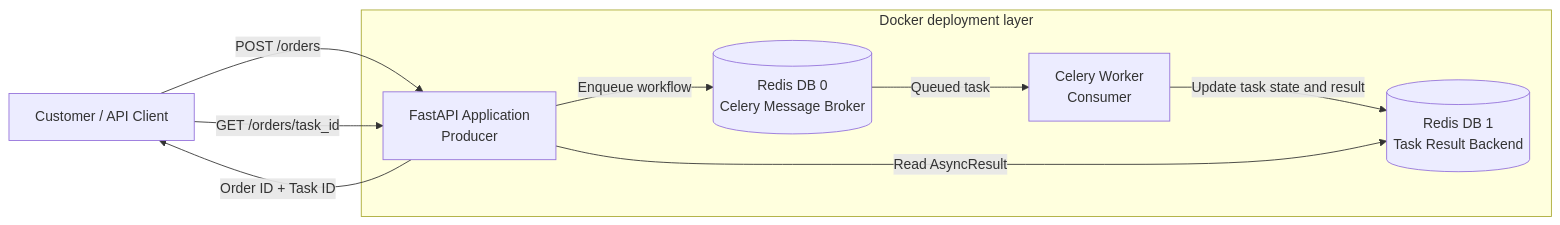
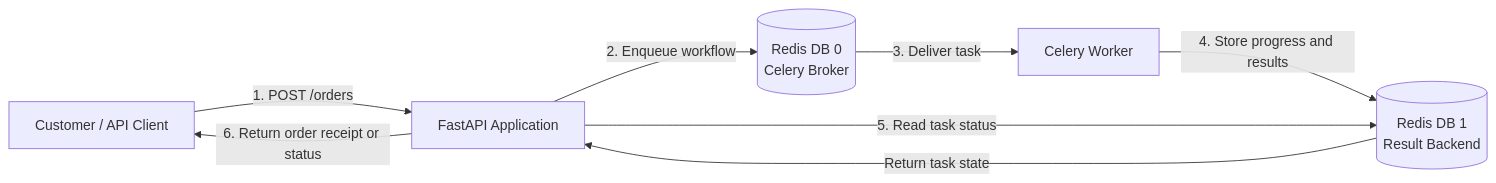
Before and after one commit to gowripriya521/fastapi-celery-redis-order-tracker: the first of 2 diagrams in README.md, drawn with Mermaid. The commit also changed other lines of this file, not shown here.

Commit message:
Improve Mermaid diagrams in README

````diff
--- a/README.md
+++ b/README.md
@@ -60,23 +60,16 @@
-``` mermaid
+```mermaid
 flowchart LR
-    Customer[Customer / API Client]
-    API[FastAPI Application<br/>Producer]
-    Broker[(Redis DB 0<br/>Celery Message Broker)]
-    Worker[Celery Worker<br/>Consumer]
-    Backend[(Redis DB 1<br/>Task Result Backend)]
+    Customer["Customer / API Client"]
+    API["FastAPI Application"]
+    Broker[("Redis DB 0<br/>Celery Broker")]
+    Worker["Celery Worker"]
+    Backend[("Redis DB 1<br/>Result Backend")]
 
-    Customer -->|POST /orders| API
-    API -->|Enqueue workflow| Broker
-    API -->|Order ID + Task ID| Customer
-    Broker -->|Queued task| Worker
-    Worker -->|Update task state and result| Backend
-    Customer -->|GET /orders/task_id| API
-    API -->|Read AsyncResult| Backend
-
-    subgraph Containers[Docker deployment layer]
-      API
-      Broker
-      Worker
-      Backend
-    end
+    Customer -->|"1. POST /orders"| API
+    API -->|"2. Enqueue workflow"| Broker
+    Broker -->|"3. Deliver task"| Worker
+    Worker -->|"4. Store progress and results"| Backend
+    API -->|"5. Read task status"| Backend
+    Backend -->|"Return task state"| API
+    API -->|"6. Return order receipt or status"| Customer
 ```
````
